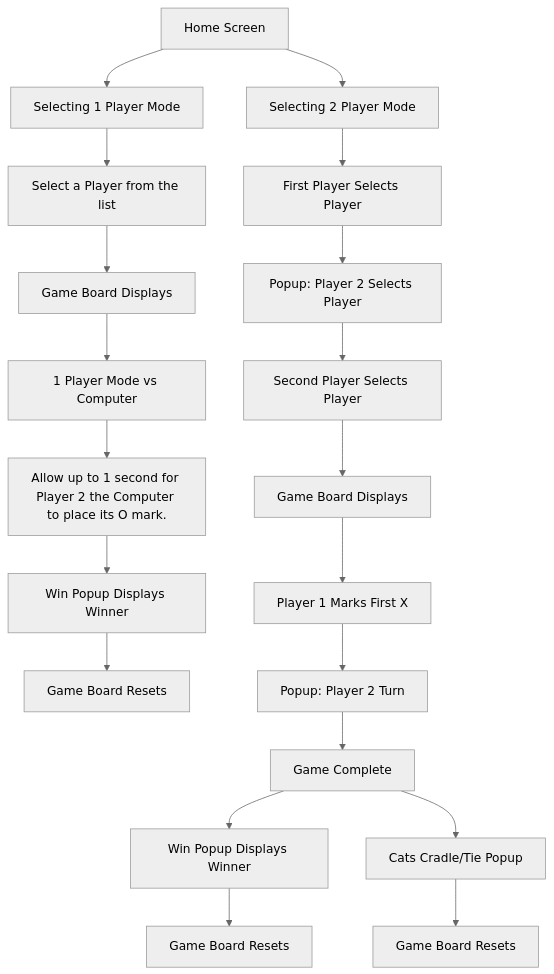
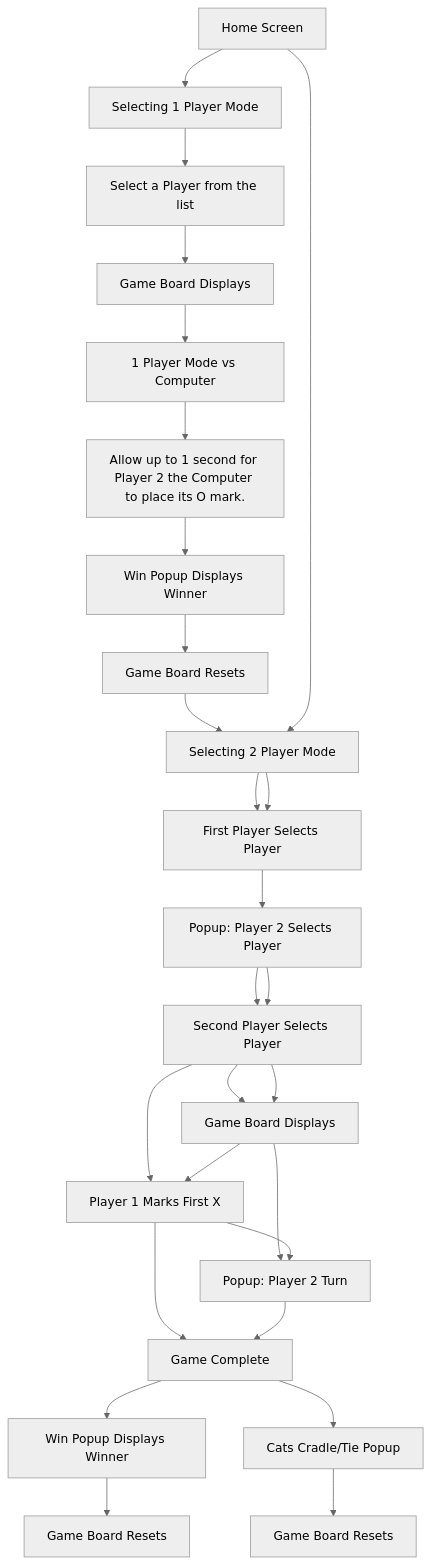
Before and after one commit to jfprogramming/tic-tac-toe: the second of 2 diagrams in README.md, drawn with Mermaid (neutral theme).

````diff
--- a/README.md
+++ b/README.md
@@ -59,22 +59,30 @@
 ```mermaid
 graph TD
     A[Home Screen] --> B[Selecting 1 Player Mode]
     B --> C[Select a Player from the list]
     C --> D[Game Board Displays]
     D --> E[1 Player Mode vs Computer]
     E --> F[Allow up to 1 second for Player 2 the Computer to place its O mark.]
     F --> G[Win Popup Displays Winner]
     G --> H[Game Board Resets]
+    H --> I[Player 1 Marks First X]
+    I --> J[Popup: Player 2 Turn]
+    K --> L[Game Complete]
+    L --> M[Win Popup Displays Winner]
+    L --> N[Cats Cradle/Tie Popup]
+    M --> O[Game Board Resets]
+    N --> P[Game Board Resets]
+
     A --> I[Selecting 2 Player Mode]
     I --> J[First Player Selects Player]
     J --> K[Popup: Player 2 Selects Player]
     K --> L[Second Player Selects Player]
     L --> M[Game Board Displays]
     M --> N[Player 1 Marks First X]
     N --> O[Popup: Player 2 Turn]
     O --> P[Game Complete]
     P --> Q[Win Popup Displays Winner]
     P --> R[Cats Cradle/Tie Popup]
     R --> S[Game Board Resets]
     Q --> T[Game Board Resets]
 ```
````
